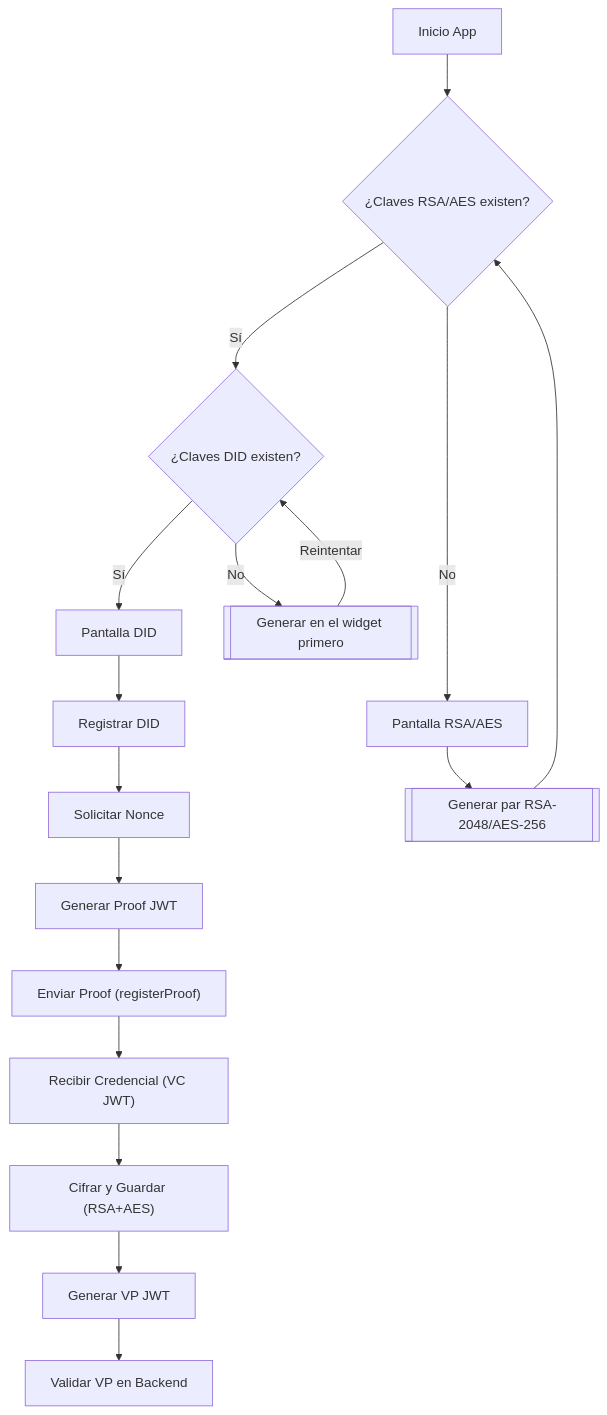
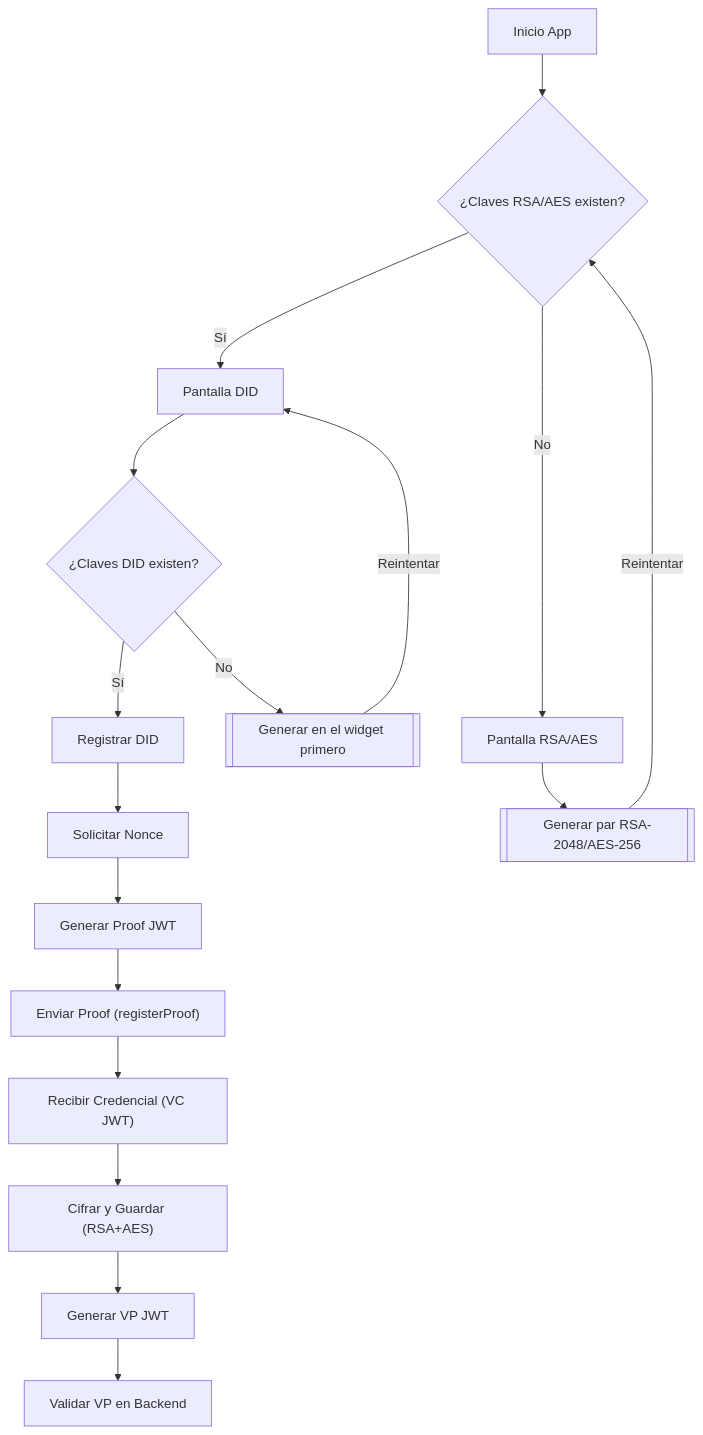
The diagram in README.md (tohure/DID-Blockchainless-demo), drawn with Mermaid before and after one commit.

Commit message:
Update flowchart in README for clarity

````diff
--- a/README.md
+++ b/README.md
@@ -44,21 +44,21 @@
 ```mermaid
 graph TD
     A[Inicio App] --> B{¿Claves RSA/AES existen?}
-    B --> |Sí| C{¿Claves DID existen?}
+    B -->|Sí| C[Pantalla DID]
     B ---->|No| D["Pantalla RSA/AES"]
     D --> E@{ shape: subproc, label: "Generar par RSA-2048/AES-256" }
-    E --> B
-    
-    C --> |Sí| F[Pantalla DID]
-    C --> |No| G@{shape: subproc, label: "Generar en el widget primero"}
+    E --> |Reintentar| B
+
+    C --> F{¿Claves DID existen?}
     G --> |Reintentar| C
-    
-    F --> H[Registrar DID]
+
+    F -->|Sí| H[Registrar DID]
+    F --> |No| G@{shape: subproc, label: "Generar en el widget primero"}
     H --> I[Solicitar Nonce]
     I --> J[Generar Proof JWT]
     J --> K["Enviar Proof (registerProof)"]
     K --> L["Recibir Credencial (VC JWT)"]
     L --> M["Cifrar y Guardar (RSA+AES)"]
     M --> N["Generar VP JWT"]
     N --> O["Validar VP en Backend"]
 ```
````
